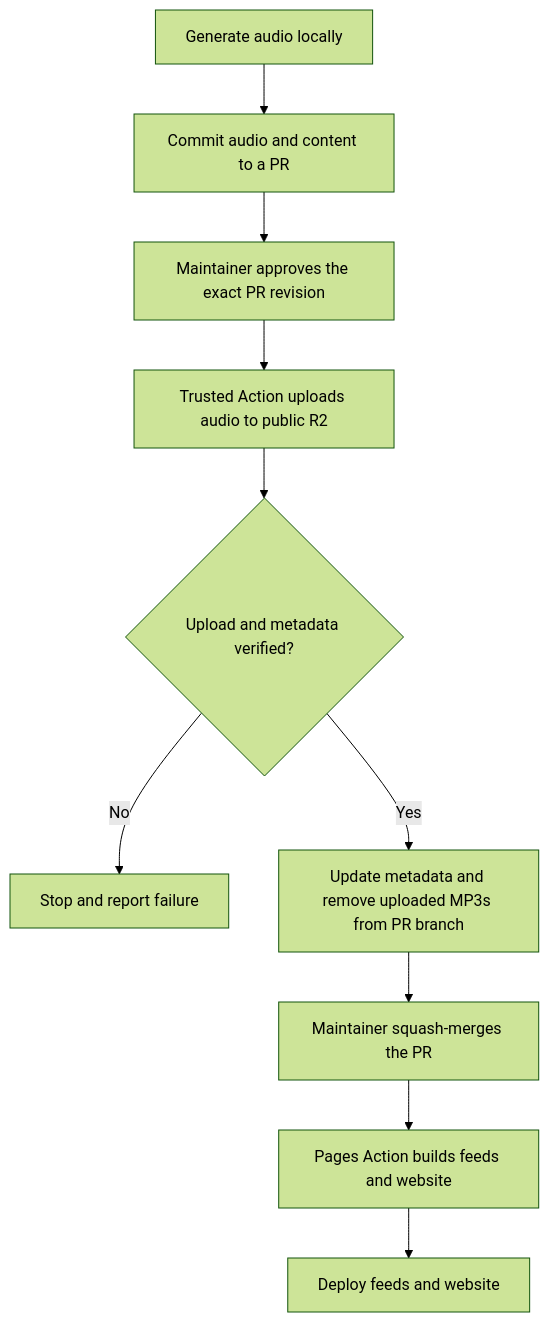
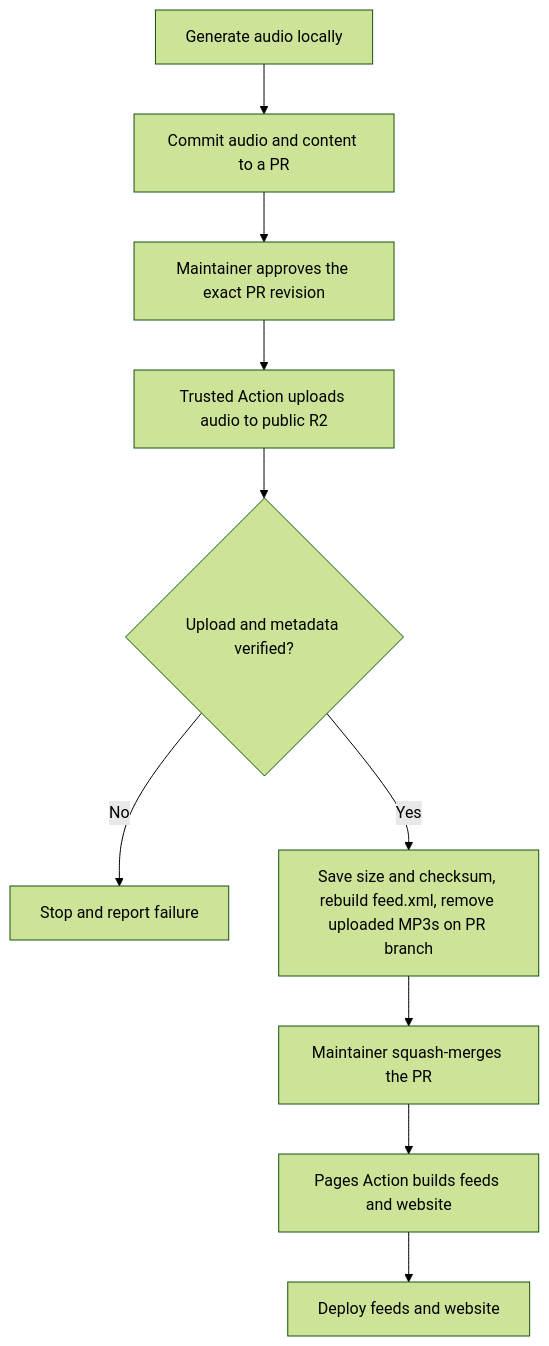
The diagram in docs/deploy.md (trusohamn/repeto), drawn with Mermaid (forest theme) before and after one commit. The commit also changed other lines of this file and 3 other files, not shown here.

Commit message:
Rebuild feed.xml when publishing audio

````diff
--- a/docs/deploy.md
+++ b/docs/deploy.md
@@ -8,12 +8,12 @@
 ```mermaid
 flowchart TD
     A["Generate audio locally"] --> B["Commit audio and content to a PR"]
     B --> C["Maintainer approves the exact PR revision"]
     C --> D["Trusted Action uploads audio to public R2"]
     D --> E{"Upload and metadata verified?"}
     E -- No --> F["Stop and report failure"]
-    E -- Yes --> G["Update metadata and remove uploaded MP3s from PR branch"]
+    E -- Yes --> G["Save size and checksum, rebuild feed.xml, remove uploaded MP3s on PR branch"]
     G --> H["Maintainer squash-merges the PR"]
     H --> I["Pages Action builds feeds and website"]
     I --> J["Deploy feeds and website"]
 ```
````
